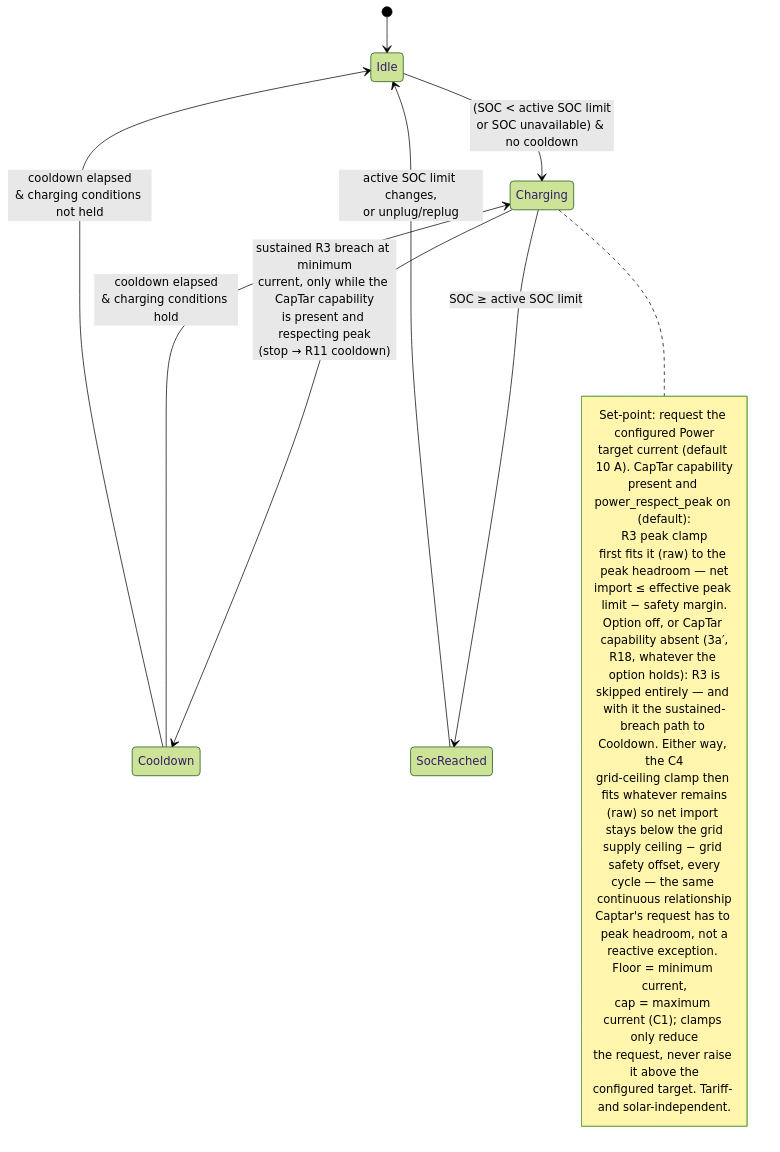
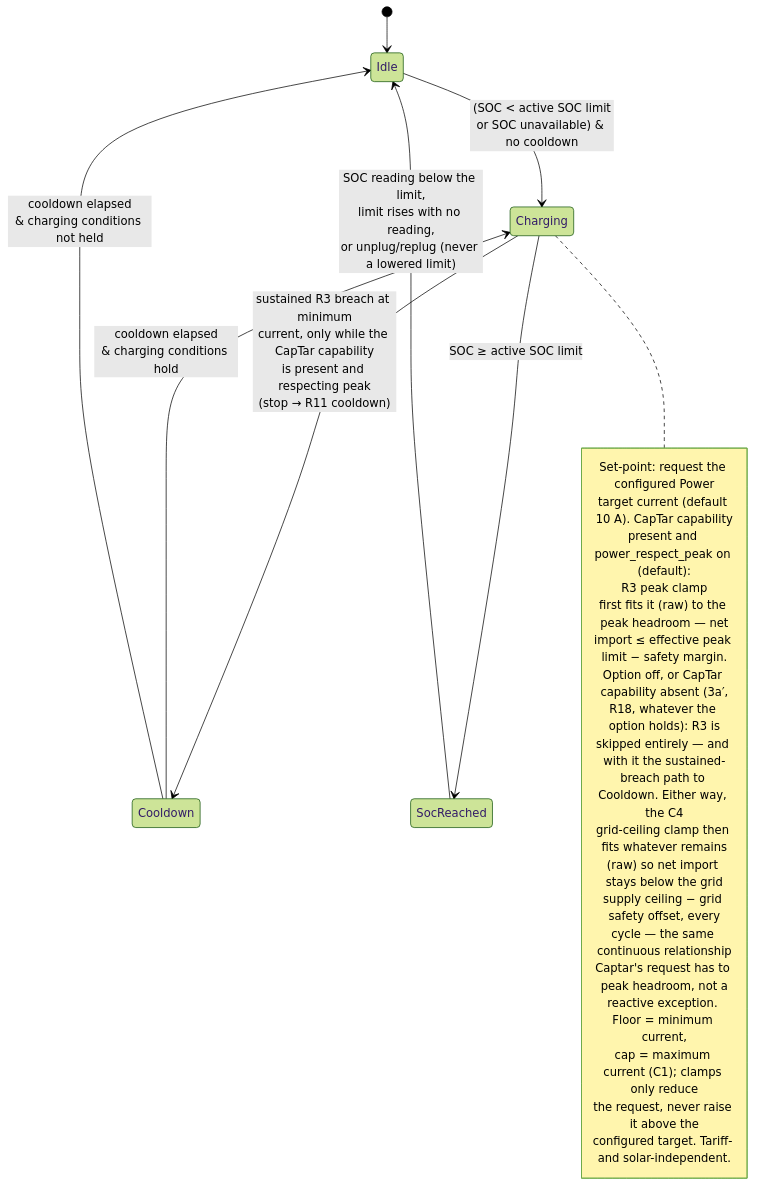
The diagram in docs/analysis/use-cases/UC04-charge-at-a-user-set-current.md (kristofdegrave/homeassistant-smart-charging), drawn with Mermaid (forest theme) before and after one commit. The commit also changed other lines of this file and 5 other files, not shown here.

First line of the commit message:
requirement: a stop at the SOC limit ends when the limit rises, not when it changes (R7 AC5, UC01-UC04) (#1379)

````diff
--- a/docs/analysis/use-cases/UC04-charge-at-a-user-set-current.md
+++ b/docs/analysis/use-cases/UC04-charge-at-a-user-set-current.md
@@ -151,31 +155,31 @@
 ```mermaid
 stateDiagram-v2
     [*] --> Idle
     Idle --> Charging: (SOC < active SOC limit<br/>or SOC unavailable) & no cooldown
     Charging --> Cooldown: sustained R3 breach at minimum<br/>current, only while the CapTar capability<br/>is present and respecting peak<br/>(stop → R11 cooldown)
     Charging --> SocReached: SOC ≥ active SOC limit
     Cooldown --> Charging: cooldown elapsed<br/>& charging conditions hold
     Cooldown --> Idle: cooldown elapsed<br/>& charging conditions not held
-    SocReached --> Idle: active SOC limit changes,<br/>or unplug/replug
+    SocReached --> Idle: SOC reading below the limit,<br/>limit rises with no reading,<br/>or unplug/replug (never a lowered limit)
     note right of Charging
         Set-point: request the configured Power
         target current (default 10 A). CapTar capability
         present and power_respect_peak on (default):
         R3 peak clamp
         first fits it (raw) to the peak headroom — net
         import ≤ effective peak limit − safety margin.
         Option off, or CapTar capability absent (3a′,
         R18, whatever the option holds): R3 is
         skipped entirely — and with it the sustained-
         breach path to Cooldown. Either way, the C4
         grid-ceiling clamp then fits whatever remains
         (raw) so net import stays below the grid
         supply ceiling − grid safety offset, every
         cycle — the same continuous relationship
         Captar's request has to peak headroom, not a
         reactive exception. Floor = minimum current,
         cap = maximum current (C1); clamps only reduce
         the request, never raise it above the
         configured target. Tariff- and solar-independent.
     end note
 ```
````
